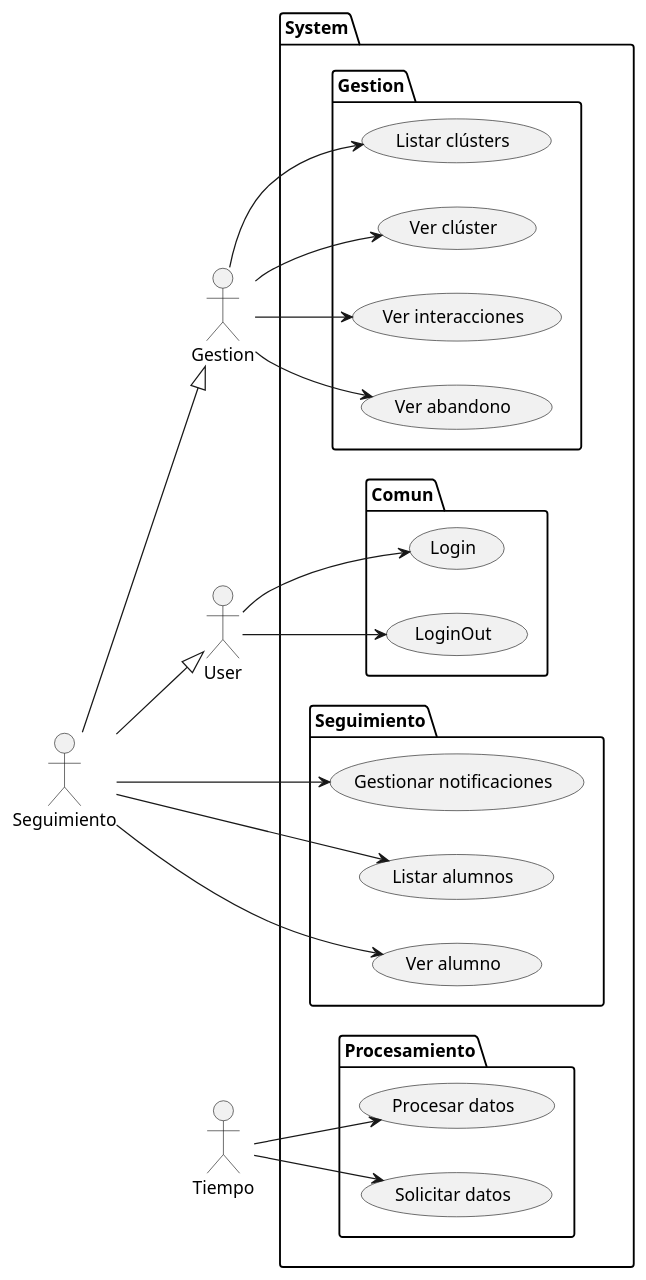
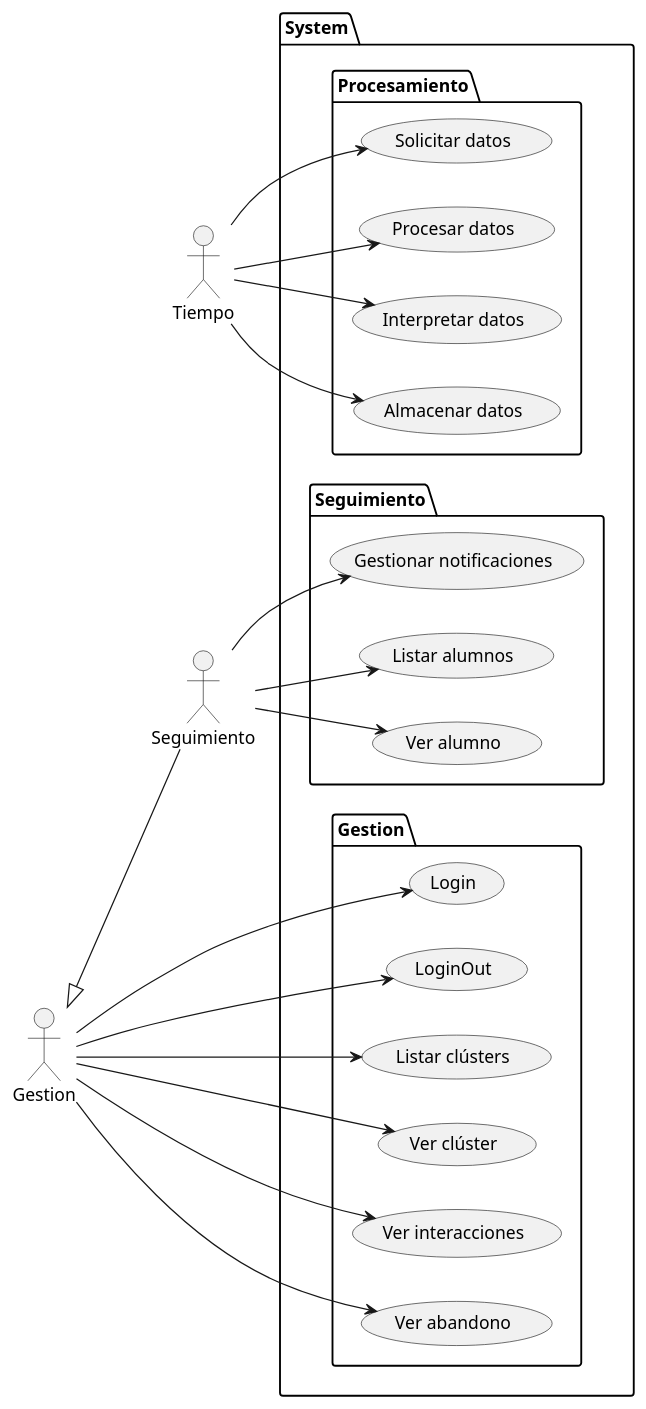
Before and after one commit to mmasias/IdSw1-22-23: the diagram in 000-entregas/Grupo1/CasosDeUso/CasosDeUso.puml, drawn with PlantUML. The commit also changed 2 other files, not shown here.

Commit message:
Interpretar y almacenar Datos

```diff
--- a/000-entregas/Grupo1/CasosDeUso/CasosDeUso.puml
+++ b/000-entregas/Grupo1/CasosDeUso/CasosDeUso.puml
@@ -1,51 +1,51 @@
 @startuml CasosDeUso
 left to right direction
 
 actor "Tiempo" as Tiempo
-actor User
 actor "Gestion" as GEST
 actor "Seguimiento"	as SEG
 
-User <|-u- SEG
-GEST <|-l- SEG
 
 package System {
 
   package Procesamiento {
+    usecase "Solicitar datos" as SD
     usecase "Procesar datos" as PD
-    usecase "Solicitar datos" as SD
-  }
-  package Comun {
-    usecase "Login" as Login
-    usecase "LoginOut" as LoginOut
+    usecase "Interpretar datos" as ID
+    usecase "Almacenar datos" as AD
   }
   package Seguimiento {
     usecase "Gestionar notificaciones" as GN
     usecase "Listar alumnos" as LA
     usecase "Ver alumno" as VA
   }
   package Gestion {
+    usecase "Login" as Login
+    usecase "LoginOut" as LoginOut
     usecase "Listar clústers" as LC
     usecase "Ver clúster" as VC
     usecase "Ver interacciones" as VI
     usecase "Ver abandono" as VAB
   }
 }
 
 Tiempo --> SD
+Tiempo --> AD
 Tiempo --> PD
+Tiempo --> ID
 
-User --> (Login)
-User --> (LoginOut)
+GEST <|-- SEG
+
+GEST --> (Login)
+GEST --> (LoginOut)
+GEST --> (LC)
+GEST --> (VC)
+GEST --> (VAB)
+GEST --> (VI)
 
 SEG --> (LA)
 SEG --> (VA)
 SEG --> (GN)
 
-GEST --> (LC)
-GEST --> (VC)
-GEST --> (VAB)
-GEST --> (VI)
-
 
 @enduml
```
